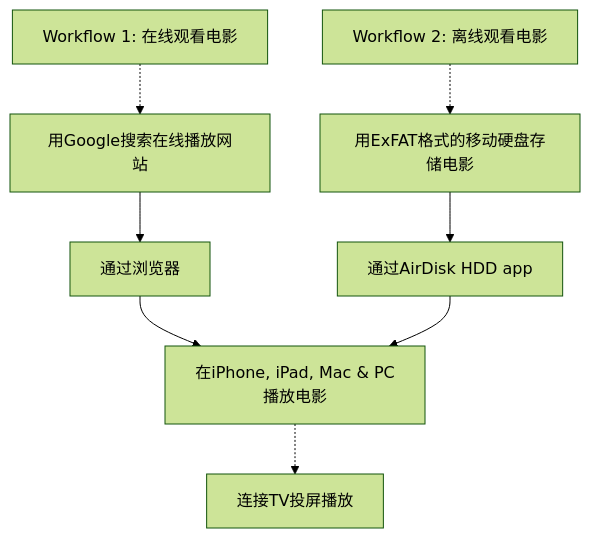
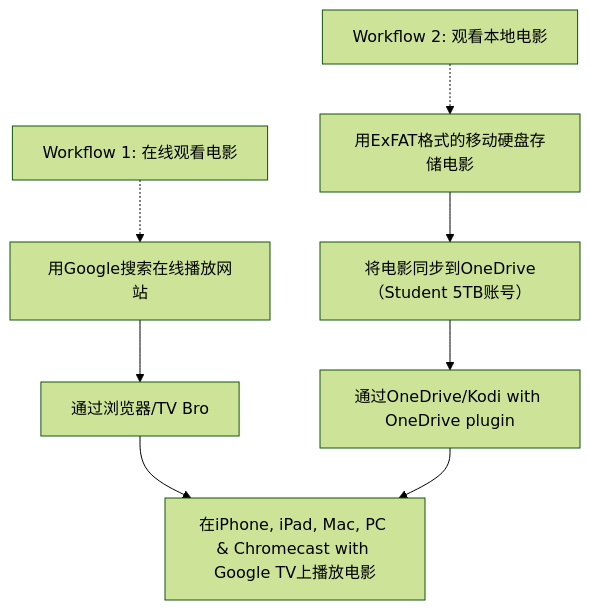
Before and after one commit to goooooouwa/writings: the diagram in _posts/productivity/2021-03-28-movie-watching-setup.md, drawn with Mermaid (forest theme). The commit also changed other lines of this file, not shown here.

````diff
--- a/_posts/productivity/2021-03-28-movie-watching-setup.md
+++ b/_posts/productivity/2021-03-28-movie-watching-setup.md
@@ -9,15 +8,16 @@
-```mermaid
+<div class="mermaid">
     graph TD
     T1[Workflow 1: 在线观看电影] -.-> A
 
     A[用Google搜索在线播放网站]
-    A --> F[通过浏览器]
-    F --> B[在iPhone, iPad, Mac & PC播放电影]
-    B -.-> C[连接TV投屏播放]
+    A --> F[通过浏览器/TV Bro]
+    F --> J[在iPhone, iPad, Mac, PC & Chromecast with Google TV上播放电影]
 
-    T2[Workflow 2: 离线观看电影] -.-> D
+    T2[Workflow 2: 观看本地电影] -.-> D
 
     D[用ExFAT格式的移动硬盘存储电影]
-    D --> E[通过AirDisk HDD app]
-    E --> B 
-```
+    D --> E[将电影同步到OneDrive（Student 5TB账号）]
+    E --> G[通过OneDrive/Kodi with OneDrive plugin]
+    G --> J[在iPhone, iPad, Mac, PC & Chromecast with Google TV上播放电影]
+  
+</div>
````
